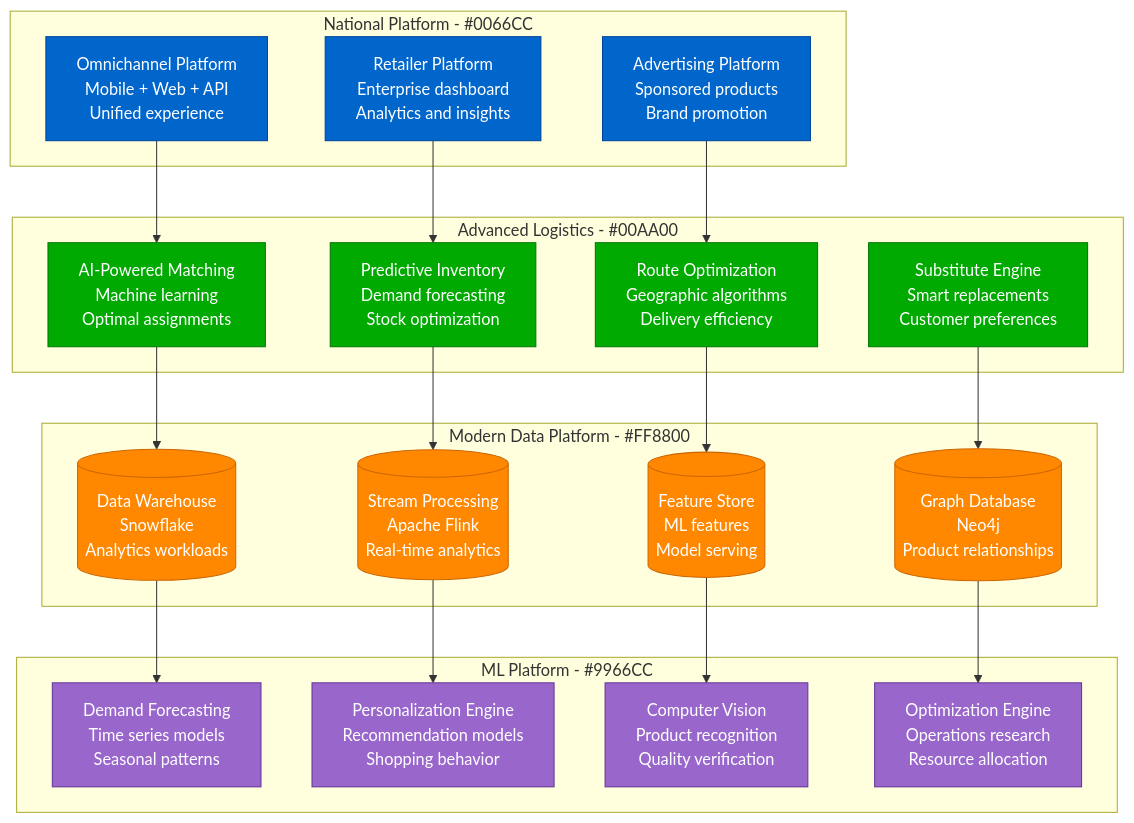
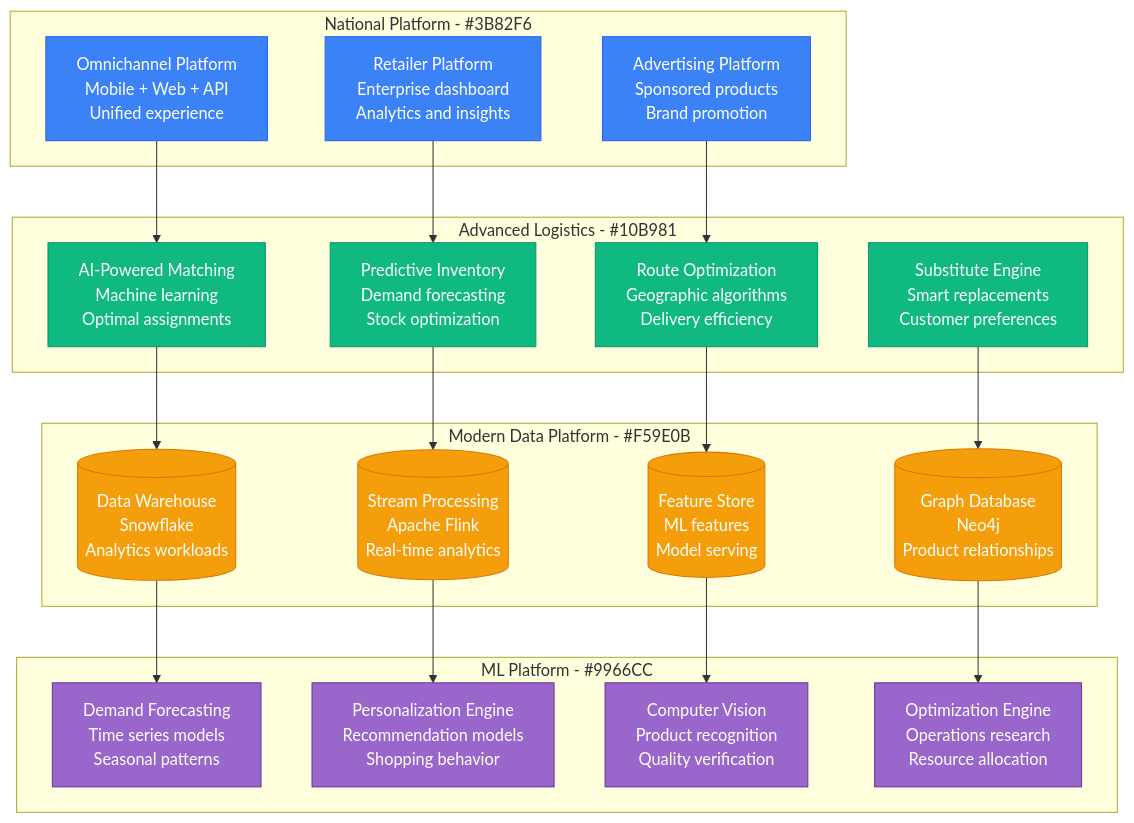
The third of 3 diagrams in site/docs/scaling/instacart-scale-evolution.md (deepaucksharma/DS), drawn with Mermaid before and after one commit. The commit also changed other lines of this file and 187 other files, not shown here.

````diff
--- a/site/docs/scaling/instacart-scale-evolution.md
+++ b/site/docs/scaling/instacart-scale-evolution.md
@@ -145,52 +145,52 @@
 ```mermaid
 graph TB
-    subgraph NationalPlatform[National Platform - #0066CC]
+    subgraph NationalPlatform[National Platform - #3B82F6]
         OMNICHANNEL[Omnichannel Platform<br/>Mobile + Web + API<br/>Unified experience]
         RETAILER_PLATFORM[Retailer Platform<br/>Enterprise dashboard<br/>Analytics and insights]
         ADVERTISING_PLATFORM[Advertising Platform<br/>Sponsored products<br/>Brand promotion]
     end
 
-    subgraph AdvancedLogistics[Advanced Logistics - #00AA00]
+    subgraph AdvancedLogistics[Advanced Logistics - #10B981]
         AI_MATCHING[AI-Powered Matching<br/>Machine learning<br/>Optimal assignments]
         PREDICTIVE_INVENTORY[Predictive Inventory<br/>Demand forecasting<br/>Stock optimization]
         ROUTE_OPTIMIZATION[Route Optimization<br/>Geographic algorithms<br/>Delivery efficiency]
         SUBSTITUTE_ENGINE[Substitute Engine<br/>Smart replacements<br/>Customer preferences]
     end
 
-    subgraph DataPlatform[Modern Data Platform - #FF8800]
+    subgraph DataPlatform[Modern Data Platform - #F59E0B]
         DATA_WAREHOUSE[(Data Warehouse<br/>Snowflake<br/>Analytics workloads)]
         STREAM_PROCESSING[(Stream Processing<br/>Apache Flink<br/>Real-time analytics)]
         FEATURE_STORE[(Feature Store<br/>ML features<br/>Model serving)]
         GRAPH_DATABASE[(Graph Database<br/>Neo4j<br/>Product relationships)]
     end
 
     subgraph MLPlatform[ML Platform - #9966CC]
         DEMAND_FORECASTING[Demand Forecasting<br/>Time series models<br/>Seasonal patterns]
         PERSONALIZATION[Personalization Engine<br/>Recommendation models<br/>Shopping behavior]
         COMPUTER_VISION[Computer Vision<br/>Product recognition<br/>Quality verification]
         OPTIMIZATION_ENGINE[Optimization Engine<br/>Operations research<br/>Resource allocation]
     end
 
     OMNICHANNEL --> AI_MATCHING
     RETAILER_PLATFORM --> PREDICTIVE_INVENTORY
     ADVERTISING_PLATFORM --> ROUTE_OPTIMIZATION
     AI_MATCHING --> DATA_WAREHOUSE
     PREDICTIVE_INVENTORY --> STREAM_PROCESSING
     ROUTE_OPTIMIZATION --> FEATURE_STORE
     SUBSTITUTE_ENGINE --> GRAPH_DATABASE
 
     DATA_WAREHOUSE --> DEMAND_FORECASTING
     STREAM_PROCESSING --> PERSONALIZATION
     FEATURE_STORE --> COMPUTER_VISION
     GRAPH_DATABASE --> OPTIMIZATION_ENGINE
 
-    classDef platformStyle fill:#0066CC,stroke:#004499,color:#fff
-    classDef logisticsStyle fill:#00AA00,stroke:#007700,color:#fff
-    classDef dataStyle fill:#FF8800,stroke:#CC6600,color:#fff
+    classDef platformStyle fill:#3B82F6,stroke:#2563EB,color:#fff
+    classDef logisticsStyle fill:#10B981,stroke:#059669,color:#fff
+    classDef dataStyle fill:#F59E0B,stroke:#D97706,color:#fff
     classDef mlStyle fill:#9966CC,stroke:#663399,color:#fff
 
     class OMNICHANNEL,RETAILER_PLATFORM,ADVERTISING_PLATFORM platformStyle
     class AI_MATCHING,PREDICTIVE_INVENTORY,ROUTE_OPTIMIZATION,SUBSTITUTE_ENGINE logisticsStyle
     class DATA_WAREHOUSE,STREAM_PROCESSING,FEATURE_STORE,GRAPH_DATABASE dataStyle
     class DEMAND_FORECASTING,PERSONALIZATION,COMPUTER_VISION,OPTIMIZATION_ENGINE mlStyle
 ```
````
